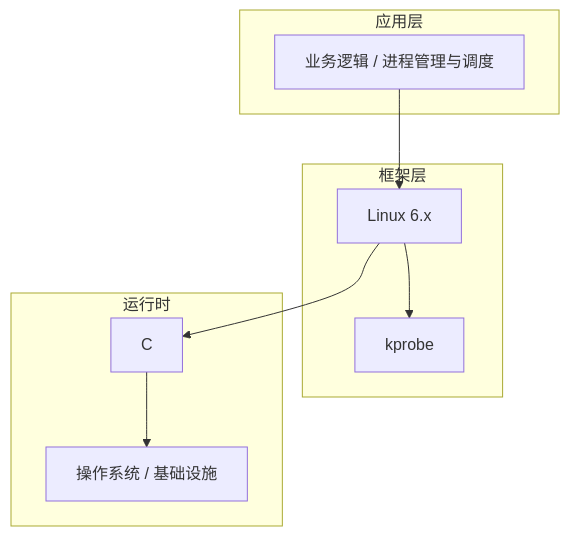
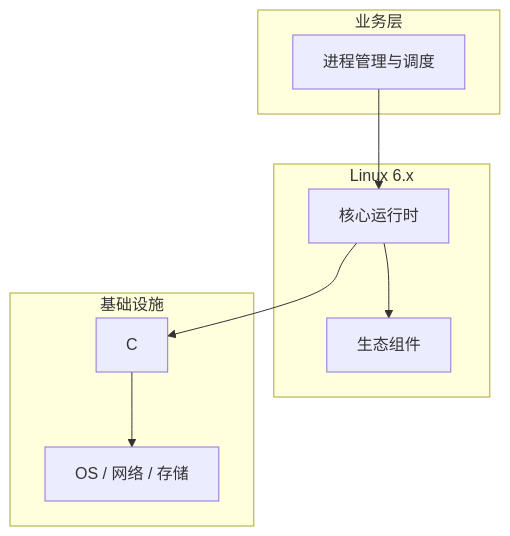
One commit to yanggan2015/knowledge-json-v2 changed the diagram in articles/Linux内核/chapters/021-进程管理与调度核心概念与原理.md. Above: the diagram before and after it, drawn with Mermaid. The commit also changed other lines of this file and 10127 other files, not shown here.

````diff
--- a/articles/Linux内核/chapters/021-进程管理与调度核心概念与原理.md
+++ b/articles/Linux内核/chapters/021-进程管理与调度核心概念与原理.md
@@ -45,18 +34,18 @@
 ```mermaid
 graph TB
-    subgraph 应用层
-        A[业务逻辑 / 进程管理与调度]
+    subgraph 业务层
+        A[进程管理与调度]
     end
-    subgraph 框架层
-        B[Linux 6.x]
-        C[kprobe]
+    subgraph Linux 6.x
+        B[核心运行时]
+        C[生态组件]
     end
-    subgraph 运行时
+    subgraph 基础设施
         D[C]
-        E[操作系统 / 基础设施]
+        E[OS / 网络 / 存储]
     end
     A --> B
     B --> C
     B --> D
     D --> E
 ```
````
